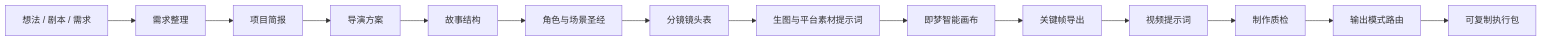
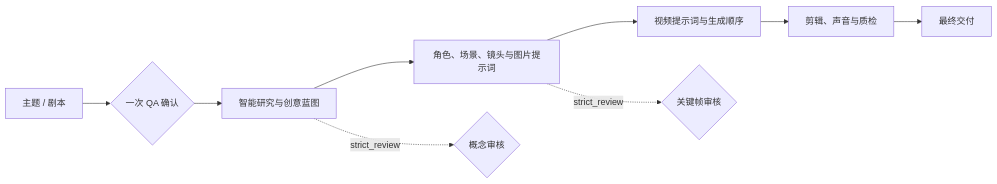
The diagram in README.zh-CN.md (baichou6320-cpu/AI-Animation-Director), drawn with Mermaid before and after one commit. The commit also changed other lines of this file and 116 other files, not shown here.

````diff
--- a/README.zh-CN.md
+++ b/README.zh-CN.md
@@ -228,16 +303,11 @@
 ```mermaid
 flowchart LR
-    A["想法 / 剧本 / 需求"] --> B["需求整理"]
-    B --> C["项目简报"]
-    C --> D["导演方案"]
-    D --> E["故事结构"]
-    E --> F["角色与场景圣经"]
-    F --> G["分镜镜头表"]
-    G --> H["生图与平台素材提示词"]
-    H --> I["即梦智能画布"]
-    I --> J["关键帧导出"]
-    J --> K["视频提示词"]
-    K --> L["制作质检"]
-    L --> M["输出模式路由"]
-    M --> N["可复制执行包"]
+    A["主题 / 剧本"] --> B{"一次 QA 确认"}
+    B --> C["智能研究与创意蓝图"]
+    C --> D["角色、场景、镜头与图片提示词"]
+    D --> E["视频提示词与生成顺序"]
+    E --> F["剪辑、声音与质检"]
+    F --> G["最终交付"]
+    C -. strict_review .-> H{"概念审核"}
+    D -. strict_review .-> I{"关键帧审核"}
 ```
````
